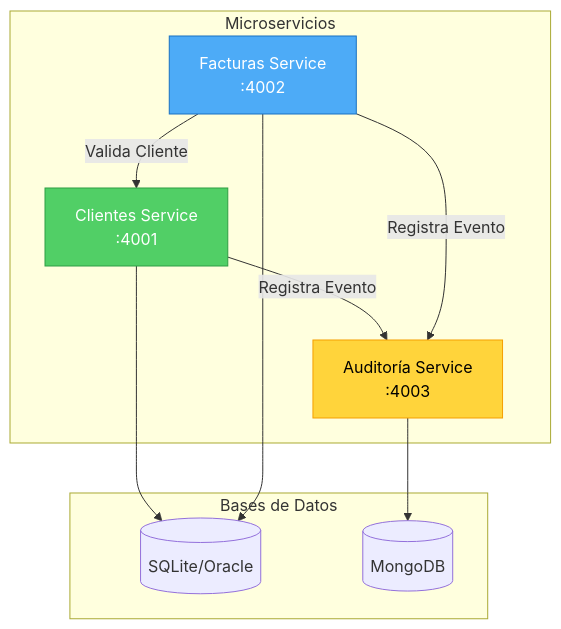
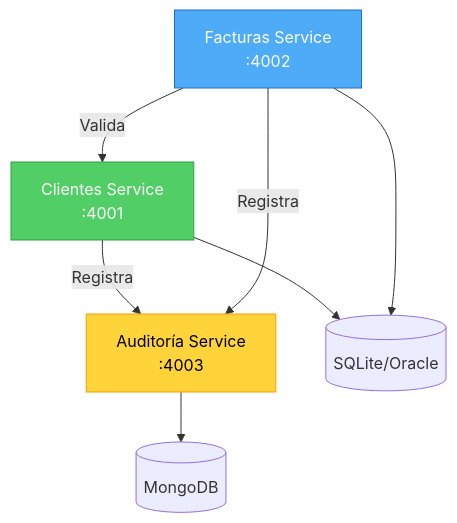
The first of 3 diagrams in docs/DIAGRAMAS.md (Asimpl3-Hero/RubyDoubleV), drawn with Mermaid before and after one commit. The commit also changed other lines of this file, not shown here.

First line of the commit message:
Simplify and update Mermaid diagrams guide

````diff
--- a/docs/DIAGRAMAS.md
+++ b/docs/DIAGRAMAS.md
@@ -21,24 +12,20 @@
 ```mermaid
 graph TB
-    subgraph "Microservicios"
-        CS[Clientes Service<br/>:4001]
-        FS[Facturas Service<br/>:4002]
-        AS[Auditoría Service<br/>:4003]
-    end
+    CS[Clientes Service<br/>:4001]
+    FS[Facturas Service<br/>:4002]
+    AS[Auditoría Service<br/>:4003]
 
-    subgraph "Bases de Datos"
-        SQL[(SQLite/Oracle)]
-        MONGO[(MongoDB)]
-    end
+    SQL[(SQLite/Oracle)]
+    MONGO[(MongoDB)]
 
-    FS -->|Valida Cliente| CS
-    CS -->|Registra Evento| AS
-    FS -->|Registra Evento| AS
+    FS -->|Valida| CS
+    CS -->|Registra| AS
+    FS -->|Registra| AS
     CS --> SQL
     FS --> SQL
     AS --> MONGO
 
     style CS fill:#51cf66,stroke:#2f9e44,color:#fff
     style FS fill:#4dabf7,stroke:#1971c2,color:#fff
     style AS fill:#ffd43b,stroke:#f59f00,color:#000
 ```
````
